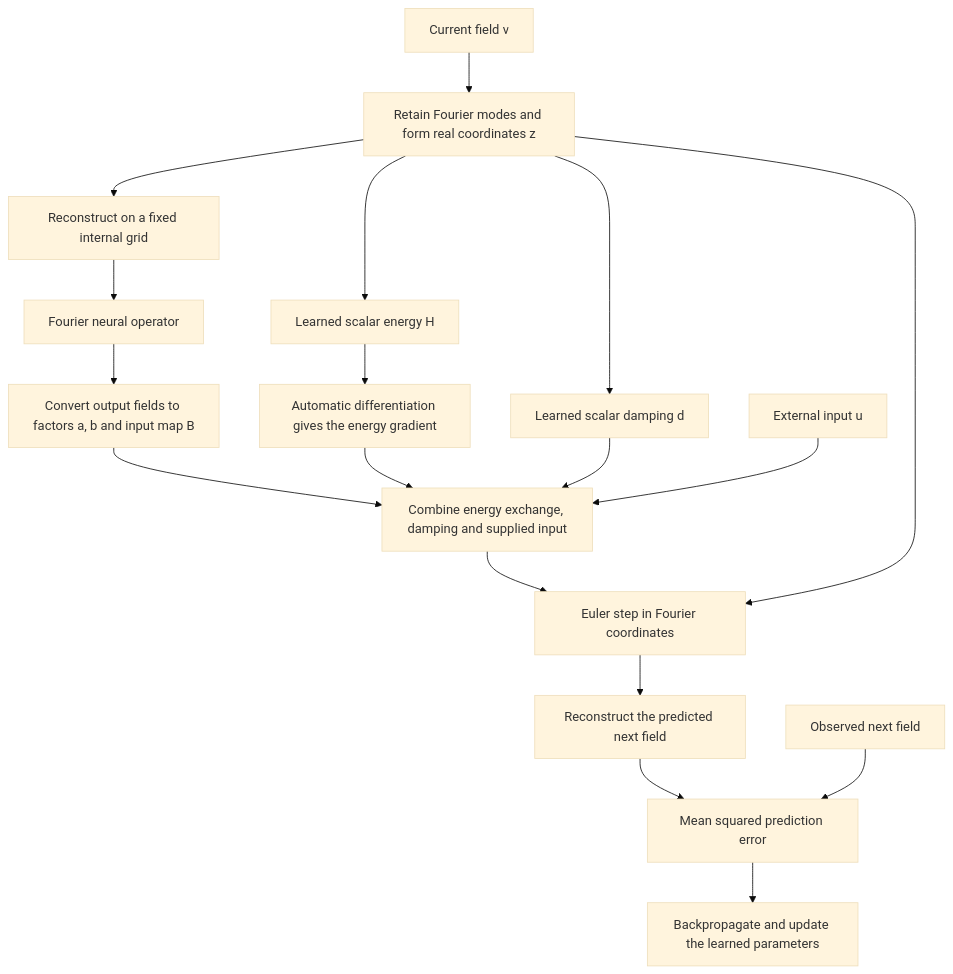
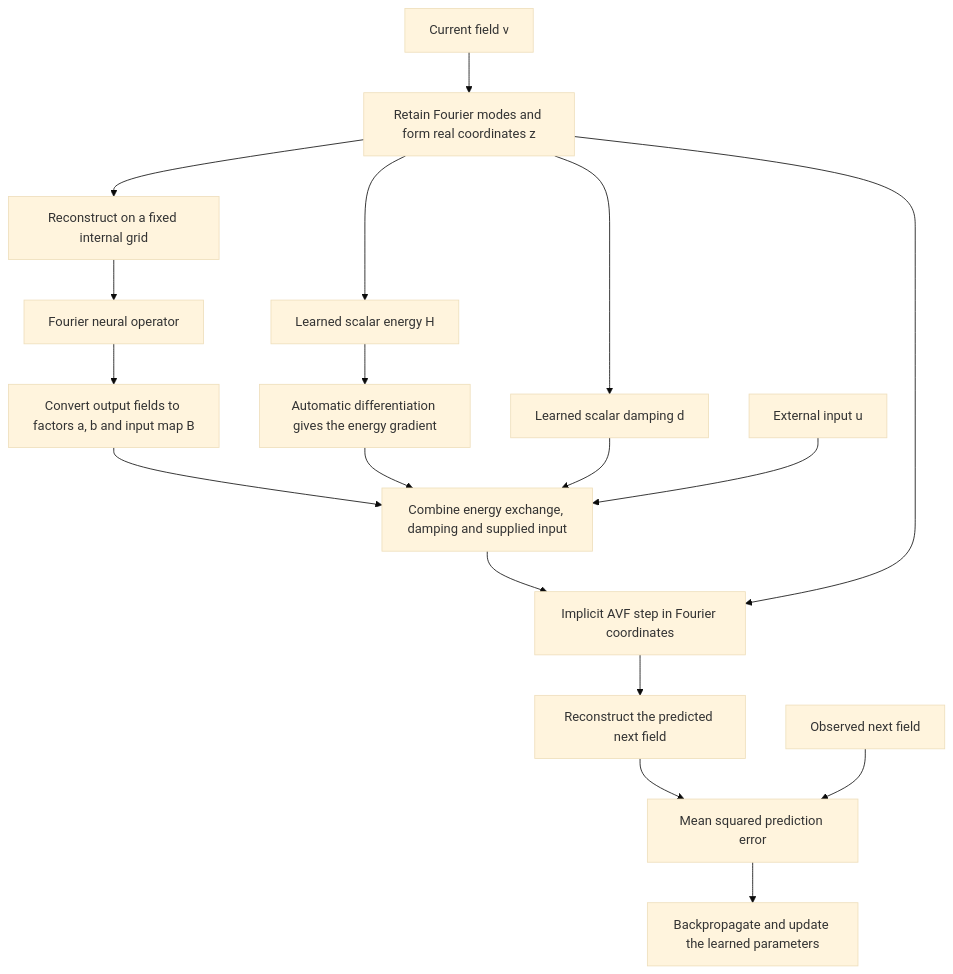
One commit to ARna06/PHFNO changed the diagram in implementation.md. Above: the diagram before and after it, drawn with Mermaid (base theme). The commit also changed other lines of this file and 29 other files, not shown here.

````diff
--- a/implementation.md
+++ b/implementation.md
@@ -7,20 +7,20 @@
 ```mermaid
 flowchart TD
     field["Current field v"] --> encode["Retain Fourier modes and form real coordinates z"]
     encode --> energy["Learned scalar energy H"]
     energy --> effort["Automatic differentiation gives the energy gradient"]
     encode --> damping["Learned scalar damping d"]
     encode --> reconstruct["Reconstruct on a fixed internal grid"]
     reconstruct --> fno["Fourier neural operator"]
     fno --> factors["Convert output fields to factors a, b and input map B"]
     factors --> dynamics["Combine energy exchange, damping and supplied input"]
     effort --> dynamics
     damping --> dynamics
     control["External input u"] --> dynamics
-    dynamics --> euler["Euler step in Fourier coordinates"]
-    encode --> euler
-    euler --> prediction["Reconstruct the predicted next field"]
+    dynamics --> avf["Implicit AVF step in Fourier coordinates"]
+    encode --> avf
+    avf --> prediction["Reconstruct the predicted next field"]
     prediction --> loss["Mean squared prediction error"]
     target["Observed next field"] --> loss
     loss --> update["Backpropagate and update the learned parameters"]
 ```
````
